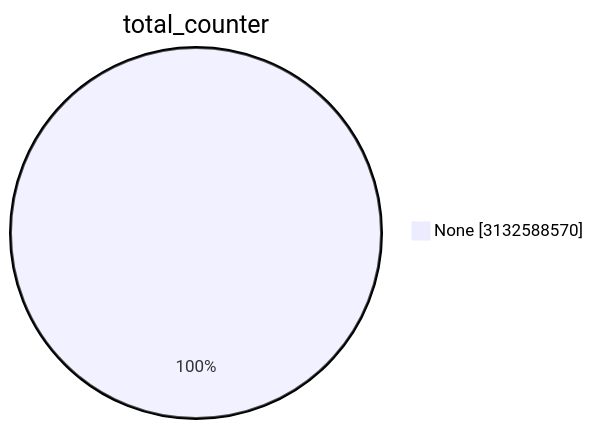
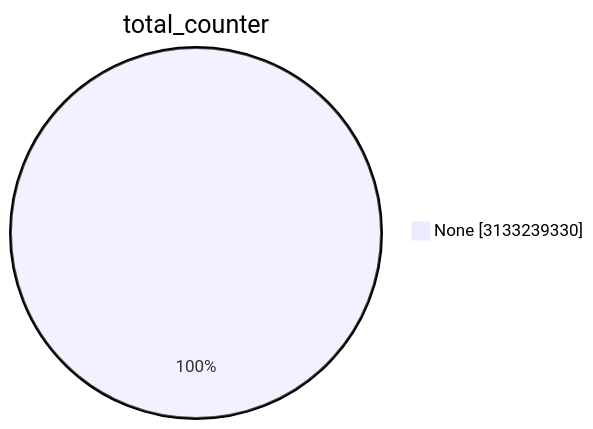
The first of 15 diagrams in TOTAL/README.md (christiankrug/ctmonitor_visualization), drawn with Mermaid before and after one commit. The commit also changed other lines of this file, not shown here.

````diff
--- a/TOTAL/README.md
+++ b/TOTAL/README.md
@@ -1,5 +1,5 @@
 ```mermaid
 pie showData
 title total_counter
-"None" :3132588570
+"None" :3133239330
 ```
````
